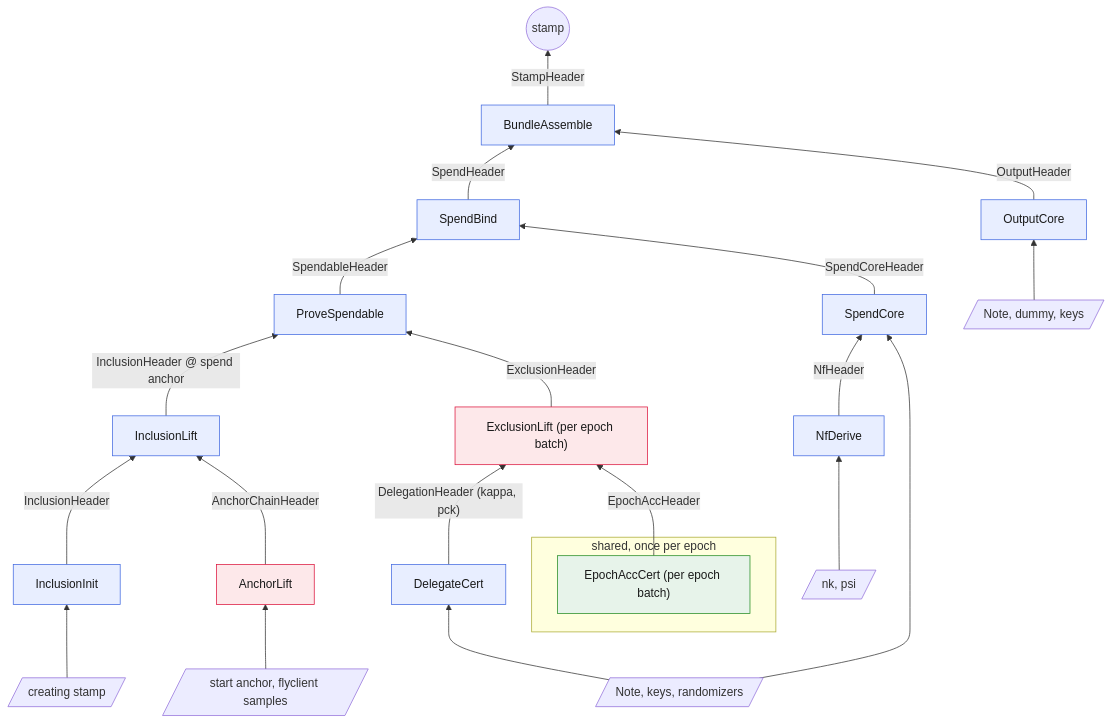
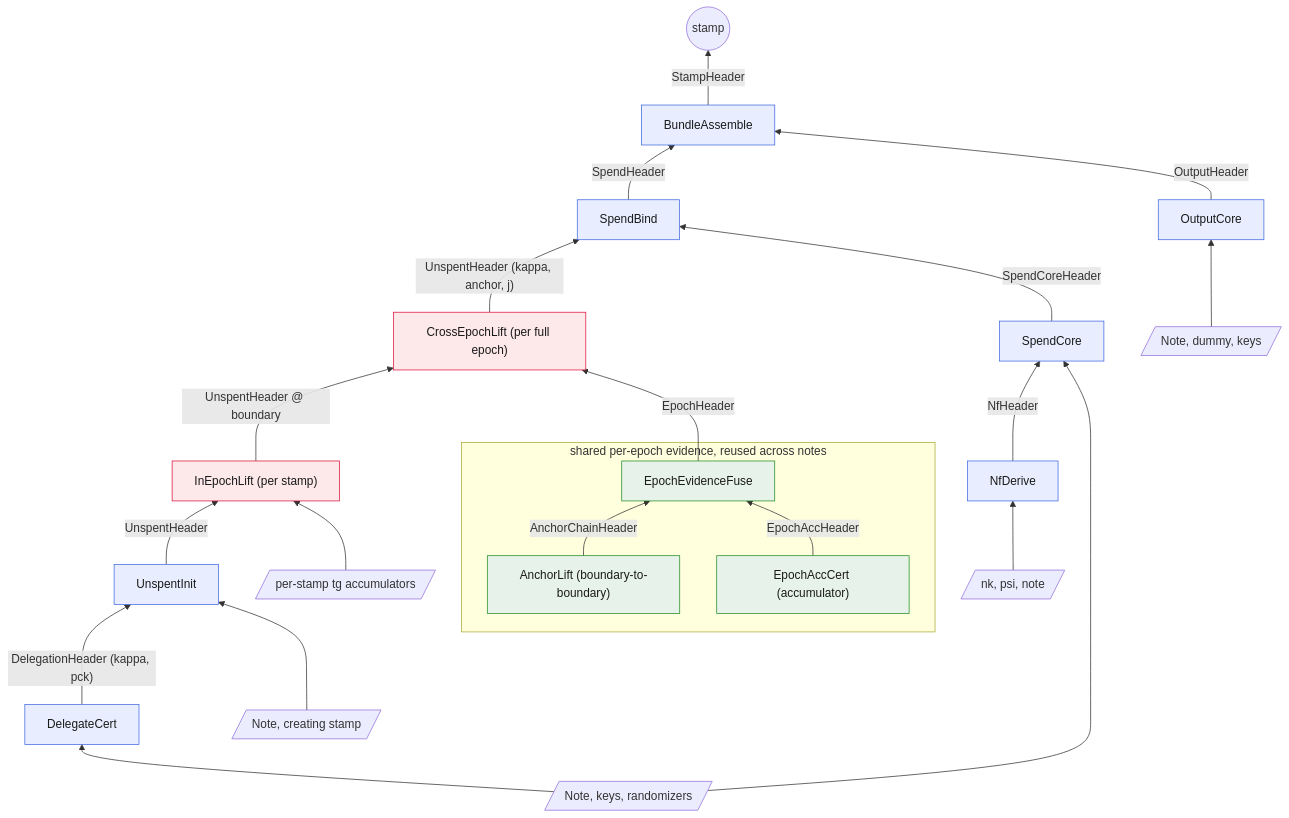
The first of 2 diagrams in book/src/revisit.md (alxiong/tachyon), drawn with Mermaid before and after one commit. The commit also changed other lines of this file, not shown here.

````diff
--- a/book/src/revisit.md
+++ b/book/src/revisit.md
@@ -1409,52 +1475,51 @@
 ```mermaid
 flowchart BT
   classDef u fill:#e8eeff,stroke:#4169E1,color:#1a1a1a;
   classDef o fill:#fde8ea,stroke:#DC143C,color:#1a1a1a;
   classDef s fill:#e7f3ea,stroke:#228B22,color:#1a1a1a;
 
-  subgraph shared [shared, once per epoch]
-    eacc["EpochAccCert (per epoch batch)"]:::s
+  subgraph shared [shared per-epoch evidence, reused across notes]
+    alift["AnchorLift (boundary-to-boundary)"]:::s
+    eacc["EpochAccCert (accumulator)"]:::s
+    efuse[EpochEvidenceFuse]:::s
+    alift -->|AnchorChainHeader| efuse
+    eacc -->|EpochAccHeader| efuse
   end
 
-  w_nk[/nk, psi/]
+  w_nk[/nk, psi, note/]
   w_note[/Note, keys, randomizers/]
-  w_inc[/creating stamp/]
-  w_fly[/start anchor, flyclient samples/]
+  w_init[/Note, creating stamp/]
+  w_stamps[/per-stamp tg accumulators/]
   w_out[/Note, dummy, keys/]
 
   nfderive[NfDerive]:::u
   score[SpendCore]:::u
-  iinit[InclusionInit]:::u
   dcert[DelegateCert]:::u
-  alift[AnchorLift]:::o
-  ilift[InclusionLift]:::u
-  cexcl["ExclusionLift (per epoch batch)"]:::o
-  spendable[ProveSpendable]:::u
+  uinit[UnspentInit]:::u
+  inlift["InEpochLift (per stamp)"]:::o
+  ulift["CrossEpochLift (per full epoch)"]:::o
   sbind[SpendBind]:::u
   ocore[OutputCore]:::u
   bmerge[BundleAssemble]:::u
   stamp((stamp))
 
   w_nk --> nfderive
   nfderive -->|NfHeader| score
   w_note --> score
+
   w_note --> dcert
-  w_inc --> iinit
-  w_fly --> alift
+  dcert -->|"DelegationHeader (kappa, pck)"| uinit
+  w_init --> uinit
 
-  iinit -->|InclusionHeader| ilift
-  alift -->|AnchorChainHeader| ilift
-  ilift -->|InclusionHeader @ spend anchor| spendable
-
-  dcert -->|"DelegationHeader (kappa, pck)"| cexcl
-  eacc -->|EpochAccHeader| cexcl
-  cexcl -->|ExclusionHeader| spendable
-
-  spendable -->|SpendableHeader| sbind
+  uinit -->|UnspentHeader| inlift
+  w_stamps --> inlift
+  inlift -->|"UnspentHeader @ boundary"| ulift
+  efuse -->|EpochHeader| ulift
+  ulift -->|"UnspentHeader (kappa, anchor, j)"| sbind
   score -->|SpendCoreHeader| sbind
 
   sbind -->|SpendHeader| bmerge
   w_out --> ocore
   ocore -->|OutputHeader| bmerge
   bmerge -->|StampHeader| stamp
 ```
````
